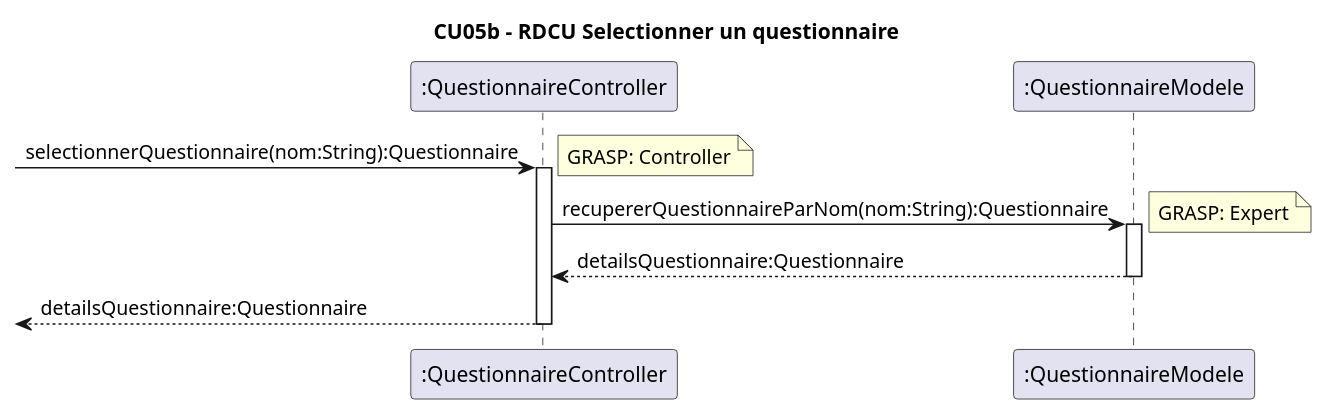
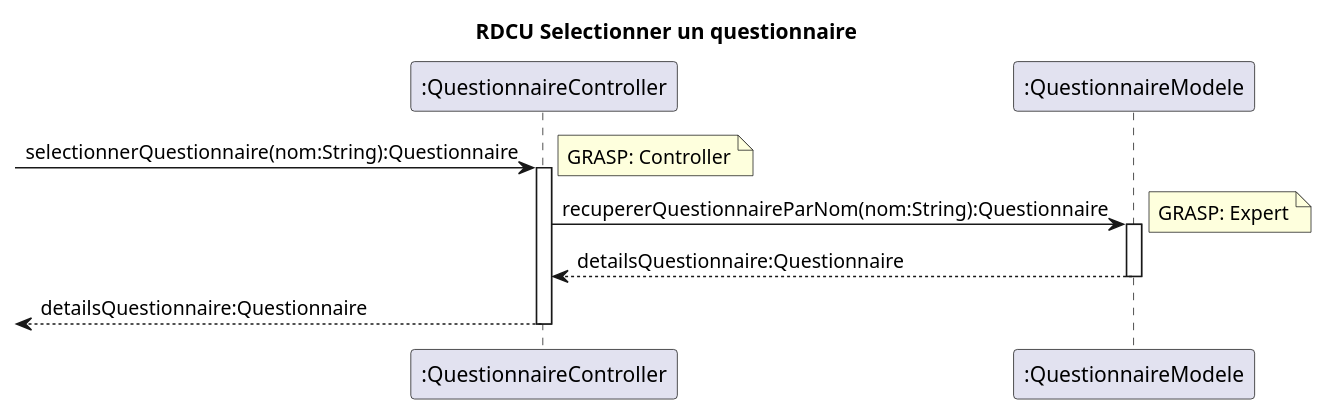
Before and after one commit to xMrYahya/moodle-clone: the diagram in docs/modeles/cu05/rdcu-selectionner-questionnaire.puml, drawn with PlantUML. The commit also changed 14 other files, not shown here.

Commit message:
fix de noms de diagrammes

```diff
--- a/docs/modeles/cu05/rdcu-selectionner-questionnaire.puml
+++ b/docs/modeles/cu05/rdcu-selectionner-questionnaire.puml
@@ -1,21 +1,21 @@
 @startuml
-title CU05b - RDCU Selectionner un questionnaire
+title RDCU Selectionner un questionnaire
 
 participant ":QuestionnaireController" as controller
 participant ":QuestionnaireModele" as questionnaireModele
 
 -> controller : selectionnerQuestionnaire(nom:String):Questionnaire
 note right: GRASP: Controller
 activate controller
 
 controller -> questionnaireModele : recupererQuestionnaireParNom(nom:String):Questionnaire
 note right: GRASP: Expert
 activate questionnaireModele
 
 questionnaireModele --> controller : detailsQuestionnaire:Questionnaire
 deactivate questionnaireModele
 
 <-- controller : detailsQuestionnaire:Questionnaire
 deactivate controller
 
 @enduml
```
